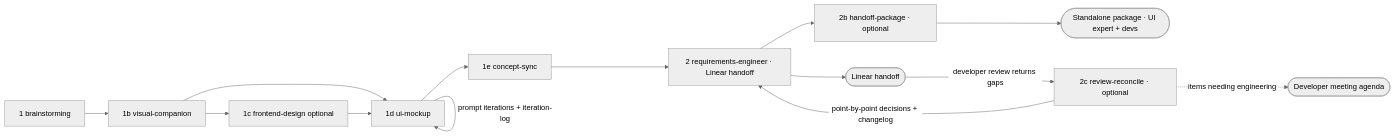
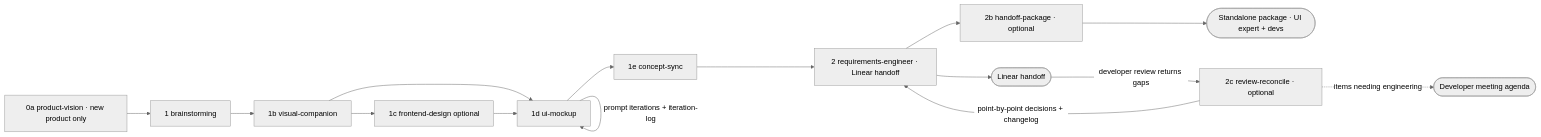
One commit to silviobeer/agentic-development-skill-chain changed the diagram in docs/pm-chain.md. Above: the diagram before and after it, drawn with Mermaid (neutral theme). The commit also changed other lines of this file and 12 other files, not shown here.

First line of the commit message:
feat: add 0a_product-vision — the product level above the PROJ

````diff
--- a/docs/pm-chain.md
+++ b/docs/pm-chain.md
@@ -7,16 +7,17 @@
 ```mermaid
 flowchart LR
-  S1[1 brainstorming] --> S1B[1b visual-companion]
+  S0A[0a product-vision · new product only] --> S1[1 brainstorming]
+  S1 --> S1B[1b visual-companion]
   S1B --> S1C[1c frontend-design optional]
   S1B --> S1D[1d ui-mockup]
   S1C --> S1D
   S1D -->|prompt iterations + iteration-log| S1D
   S1D --> S1E[1e concept-sync]
   S1E --> S2[2 requirements-engineer · Linear handoff]
   S2 --> S2B[2b handoff-package · optional]
   S2 --> LIN([Linear handoff])
   S2B --> EXT([Standalone package · UI expert + devs])
   LIN -->|developer review returns gaps| S2C[2c review-reconcile · optional]
   S2C -->|point-by-point decisions + changelog| S2
   S2C -.->|items needing engineering| MTG([Developer meeting agenda])
 ```
````
